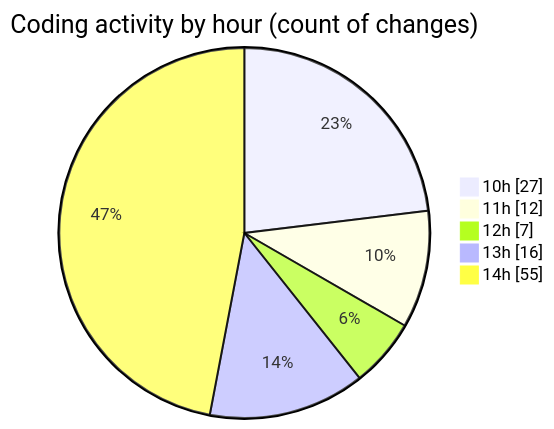
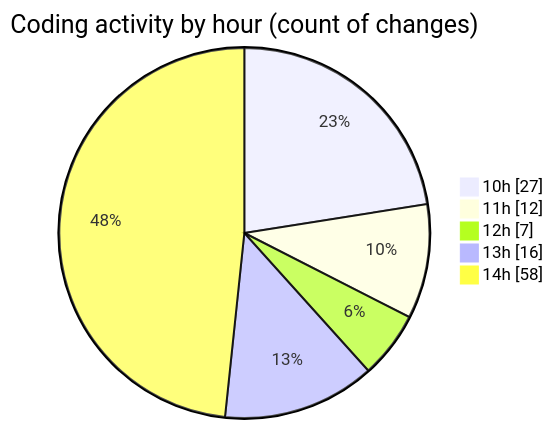
Before and after one commit to MatusMokan/code-tracking: the second of 2 diagrams in 2025-03-01/myws__workspace_/README.md, drawn with Mermaid. The commit also changed other lines of this file and 1 other file, not shown here.

````diff
--- a/2025-03-01/myws__workspace_/README.md
+++ b/2025-03-01/myws__workspace_/README.md
@@ -40,9 +40,9 @@
 ```mermaid
 pie showData
 title Coding activity by hour (count of changes)
 "10h" : 27
 "11h" : 12
 "12h" : 7
 "13h" : 16
-"14h" : 55
+"14h" : 58
 ```
````
